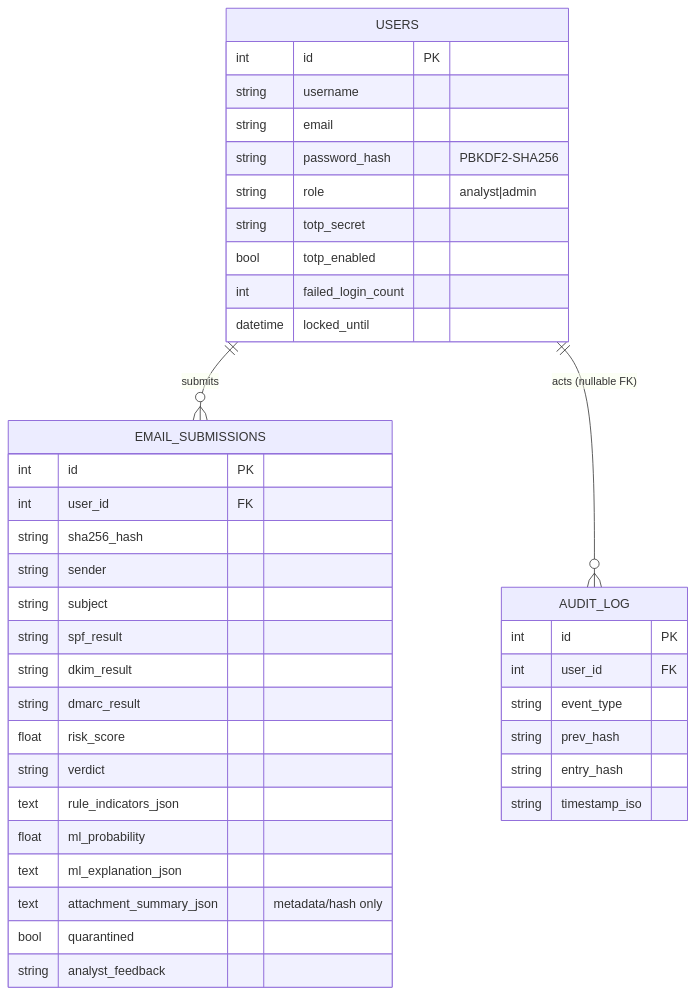
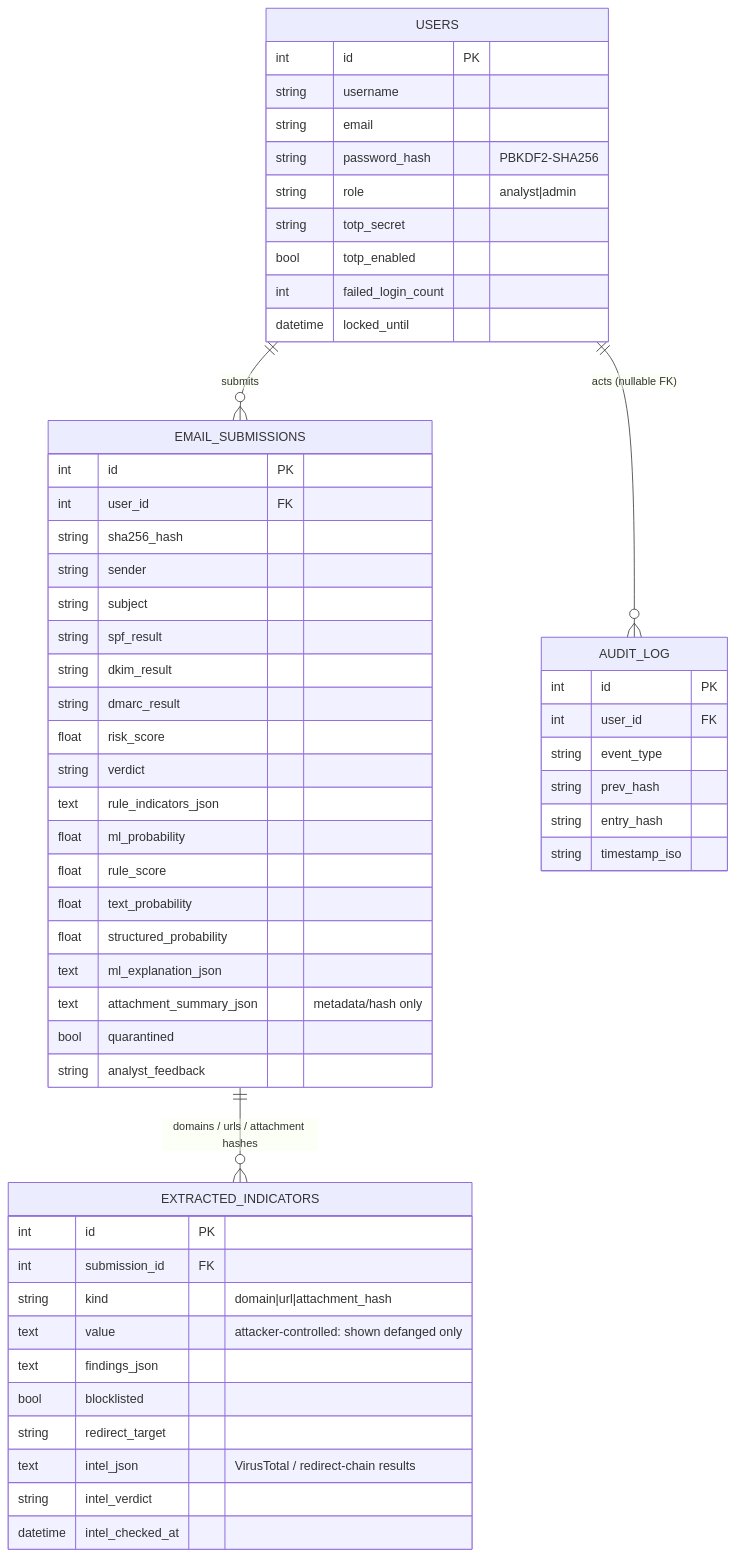
The third of 3 diagrams in docs/architecture.md (sawntosh/phishing-email-detection-system), drawn with Mermaid before and after one commit. The commit also changed other lines of this file and 29 other files, not shown here.

Commit message:
Add real-corpus text model, threat intel, redirect checks, review queue

````diff
--- a/docs/architecture.md
+++ b/docs/architecture.md
@@ -88,43 +101,59 @@
 ```mermaid
 erDiagram
     USERS ||--o{ EMAIL_SUBMISSIONS : submits
+    EMAIL_SUBMISSIONS ||--o{ EXTRACTED_INDICATORS : "domains / urls / attachment hashes"
     USERS ||--o{ AUDIT_LOG : "acts (nullable FK)"
 
     USERS {
         int id PK
         string username
         string email
         string password_hash "PBKDF2-SHA256"
         string role "analyst|admin"
         string totp_secret
         bool totp_enabled
         int failed_login_count
         datetime locked_until
     }
     EMAIL_SUBMISSIONS {
         int id PK
         int user_id FK
         string sha256_hash
         string sender
         string subject
         string spf_result
         string dkim_result
         string dmarc_result
         float risk_score
         string verdict
         text rule_indicators_json
         float ml_probability
+        float rule_score
+        float text_probability
+        float structured_probability
         text ml_explanation_json
         text attachment_summary_json "metadata/hash only"
         bool quarantined
         string analyst_feedback
+    }
+    EXTRACTED_INDICATORS {
+        int id PK
+        int submission_id FK
+        string kind "domain|url|attachment_hash"
+        text value "attacker-controlled: shown defanged only"
+        text findings_json
+        bool blocklisted
+        string redirect_target
+        text intel_json "VirusTotal / redirect-chain results"
+        string intel_verdict
+        datetime intel_checked_at
     }
     AUDIT_LOG {
         int id PK
         int user_id FK
         string event_type
         string prev_hash
         string entry_hash
         string timestamp_iso
     }
 ```
````
